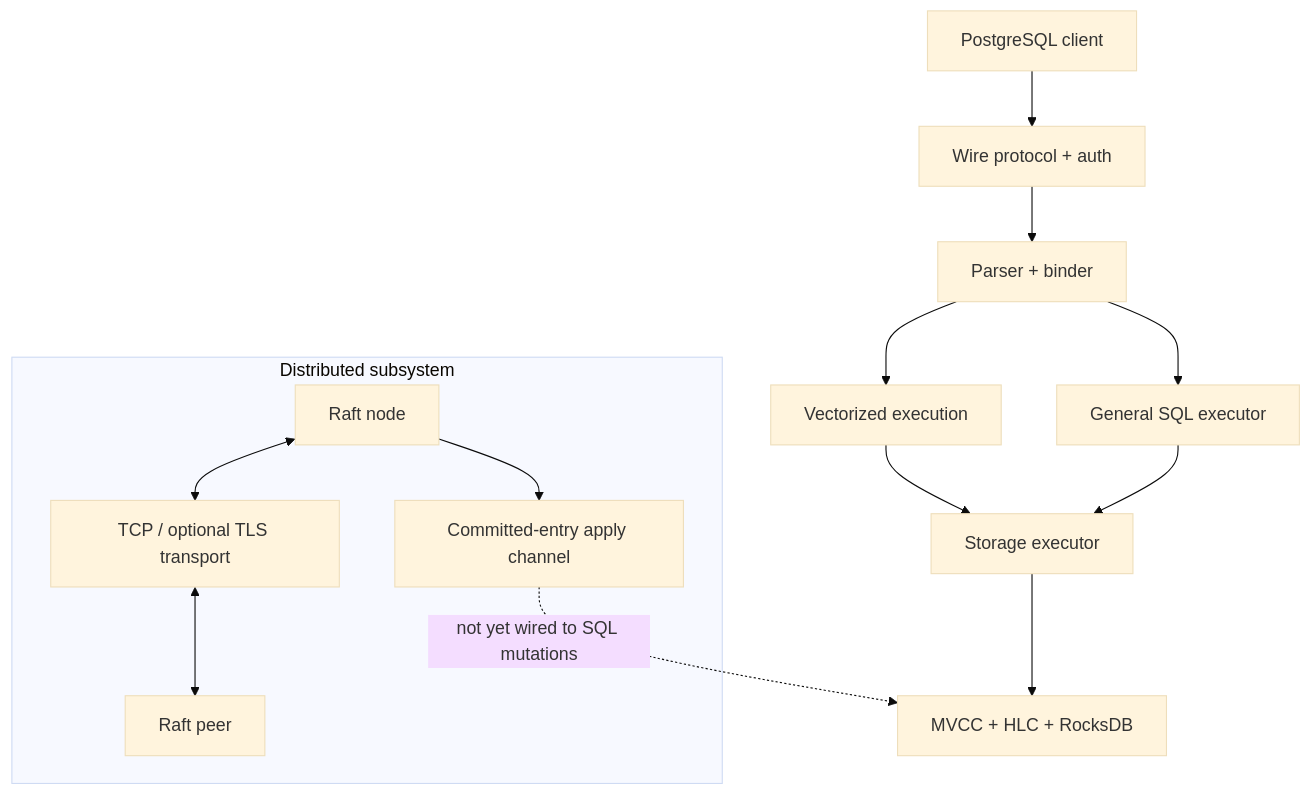
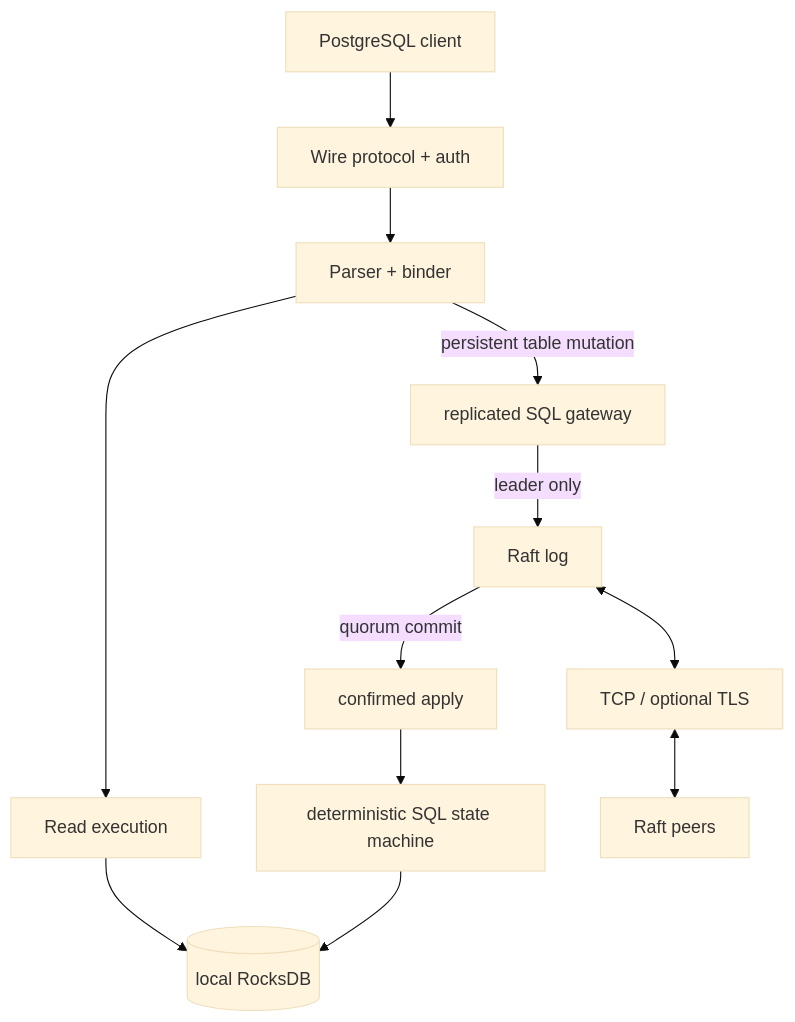
One commit to SaridakisStamatisChristos/Neuralbase changed the diagram in README.md. Above: the diagram before and after it, drawn with Mermaid (base theme). The commit also changed other lines of this file and 15 other files, not shown here.

Commit message:
Document replicated SQL Phase 1 guarantees

````diff
--- a/README.md
+++ b/README.md
@@ -56,18 +65,16 @@
 ```mermaid
 flowchart TD
     Client[PostgreSQL client] --> Wire[Wire protocol + auth]
     Wire --> Binder[Parser + binder]
-    Binder --> V[Vectorized execution]
-    Binder --> Q[General SQL executor]
-    V --> Storage[Storage executor]
-    Q --> Storage
-    Storage --> MVCC[MVCC + HLC + RocksDB]
+    Binder --> Read[Read execution]
+    Read --> Rocks[(local RocksDB)]
 
-    subgraph Distributed subsystem
-      R1[Raft node] <--> T[TCP / optional TLS transport]
-      T <--> R2[Raft peer]
-      R1 --> Apply[Committed-entry apply channel]
-    end
+    Binder -->|persistent table mutation| Gateway[replicated SQL gateway]
+    Gateway -->|leader only| Raft[Raft log]
+    Raft -->|quorum commit| Apply[confirmed apply]
+    Apply --> SM[deterministic SQL state machine]
+    SM --> Rocks
 
-    Apply -. not yet wired to SQL mutations .-> MVCC
+    Raft <--> Transport[TCP / optional TLS]
+    Transport <--> Peers[Raft peers]
 ```
````
